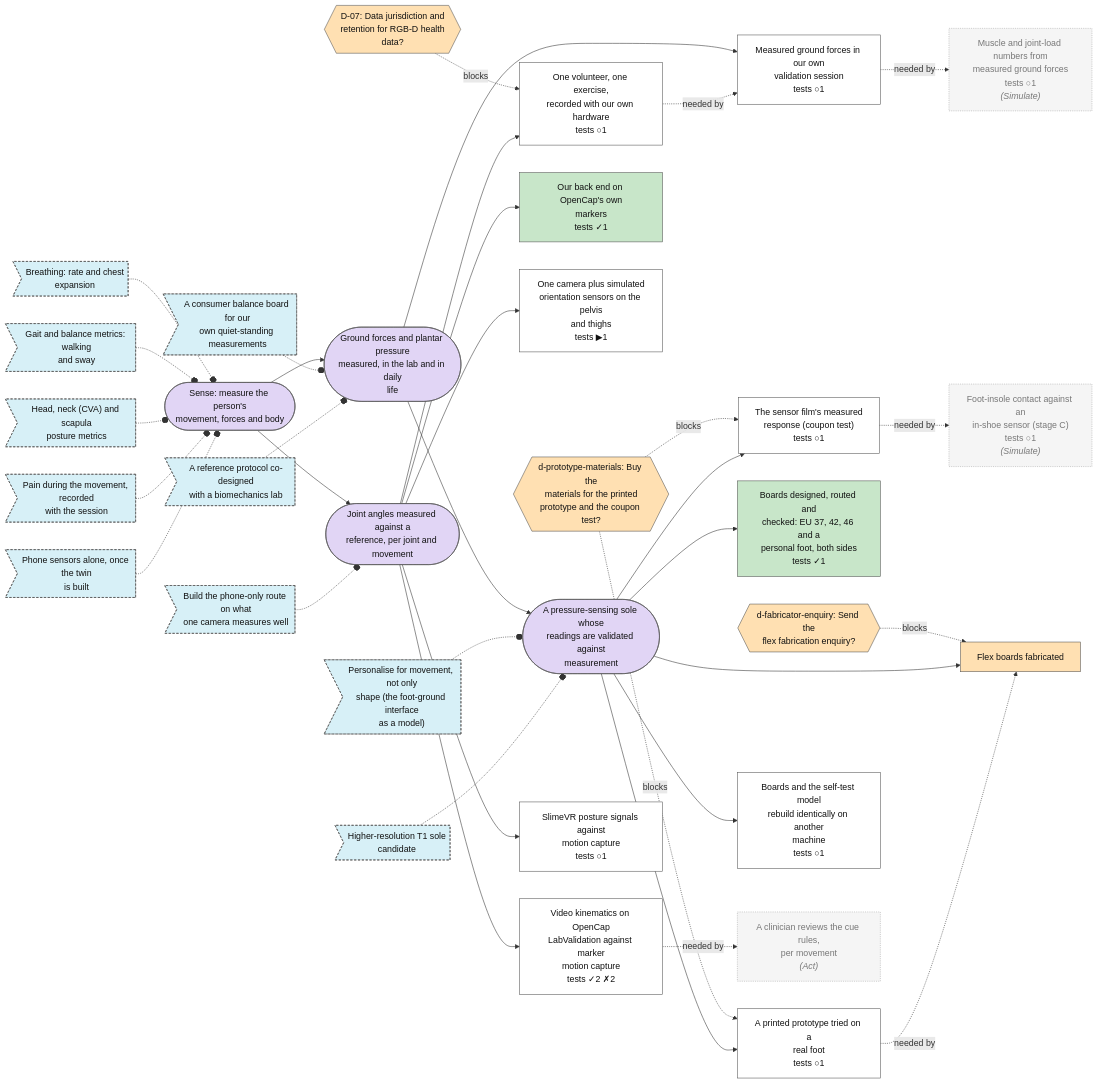
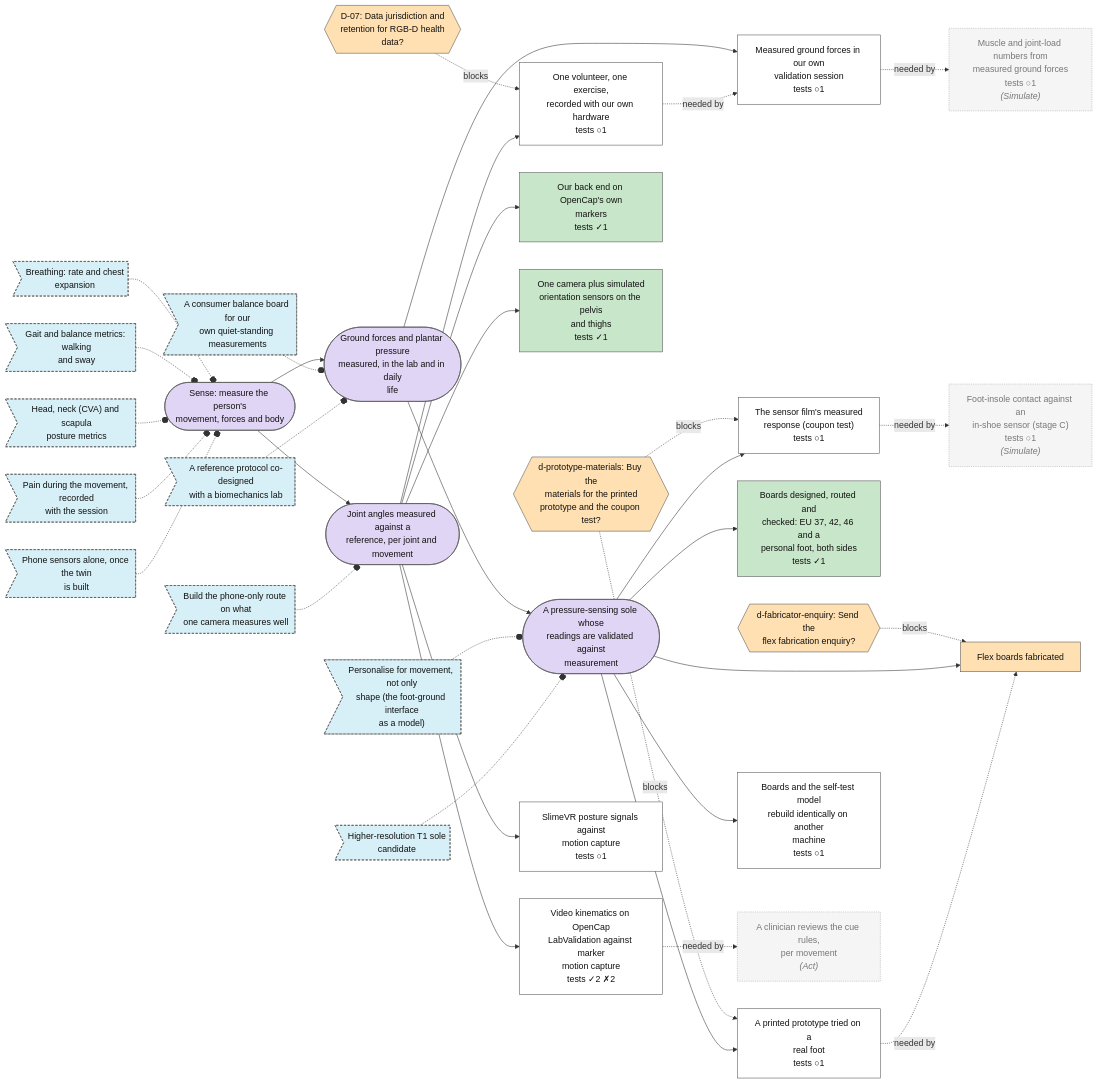
One commit to Sigurius23/Rehab-agent changed the second of 7 diagrams in plan/MAP.md. Above: the diagram before and after it, drawn with Mermaid. The commit also changed other lines of this file and 6 other files, not shown here.

First line of the commit message:
One camera plus simulated pelvis and thigh sensors: met, as an upper bound

```diff
--- a/plan/MAP.md
+++ b/plan/MAP.md
@@ -64,7 +64,7 @@
   n15>"Phone sensors alone, once the twin<br/>is built"]:::idea_new
   n16>"Higher-resolution T1 sole<br/>candidate"]:::idea_new
   n17["Our back end on OpenCap's own<br/>markers<br/>tests ✓1"]:::step_done
-  n18["One camera plus simulated<br/>orientation sensors on the pelvis<br/>and thighs<br/>tests ▶1"]:::step_open
+  n18["One camera plus simulated<br/>orientation sensors on the pelvis<br/>and thighs<br/>tests ✓1"]:::step_done
   n19["Video kinematics on OpenCap<br/>LabValidation against marker<br/>motion capture<br/>tests ✓2 ✗2"]:::step_open
   n20["One volunteer, one exercise,<br/>recorded with our own hardware<br/>tests ○1"]:::step_open
   n21(["Sense: measure the person's<br/>movement, forces and body"]):::goal_open
```
